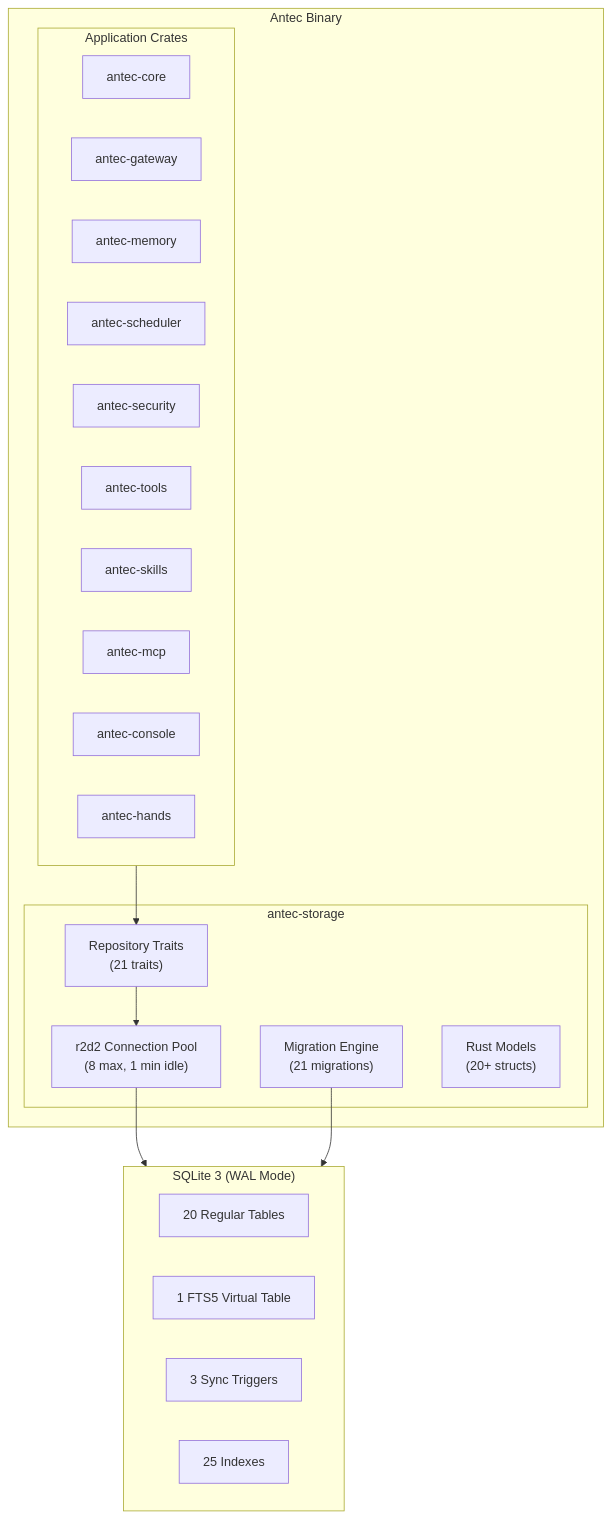
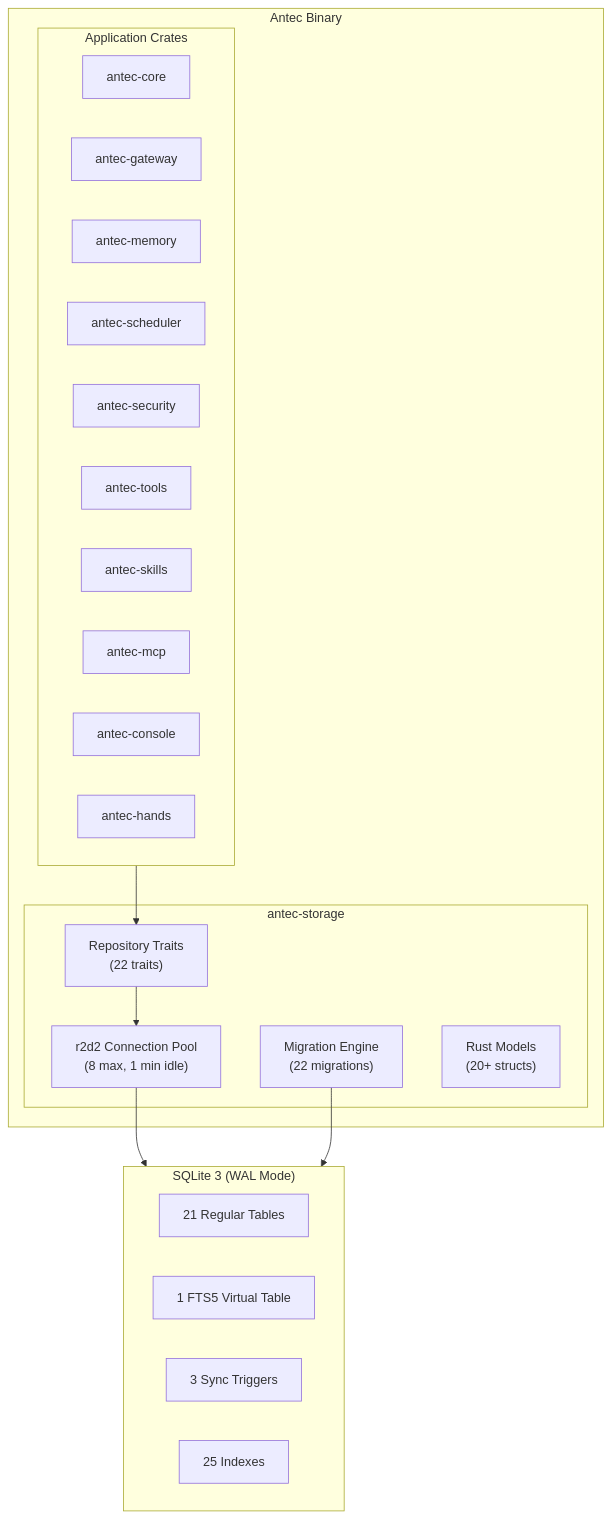
The first of 7 diagrams in prd/30-DATABASE.md (rkinas/antec), drawn with Mermaid before and after one commit. The commit also changed other lines of this file, not shown here.

````diff
--- a/prd/30-DATABASE.md
+++ b/prd/30-DATABASE.md
@@ -26,36 +26,36 @@
 ```mermaid
 flowchart TB
     subgraph Binary["Antec Binary"]
         subgraph Crates["Application Crates"]
             CORE["antec-core"]
             GW["antec-gateway"]
             MEM["antec-memory"]
             SCHED["antec-scheduler"]
             SEC["antec-security"]
             TOOLS["antec-tools"]
             SKILLS["antec-skills"]
             MCP["antec-mcp"]
             CONSOLE["antec-console"]
             HANDS["antec-hands"]
         end
 
         subgraph Storage["antec-storage"]
             POOL["r2d2 Connection Pool<br/>(8 max, 1 min idle)"]
-            REPO["Repository Traits<br/>(21 traits)"]
-            MIGRATE["Migration Engine<br/>(21 migrations)"]
+            REPO["Repository Traits<br/>(22 traits)"]
+            MIGRATE["Migration Engine<br/>(22 migrations)"]
             MODELS["Rust Models<br/>(20+ structs)"]
         end
     end
 
     subgraph DB["SQLite 3 (WAL Mode)"]
-        TABLES["20 Regular Tables"]
+        TABLES["21 Regular Tables"]
         FTS["1 FTS5 Virtual Table"]
         TRIGGERS["3 Sync Triggers"]
         IDX["25 Indexes"]
     end
 
     Crates --> REPO
     REPO --> POOL
     POOL --> DB
     MIGRATE --> DB
 ```
````
